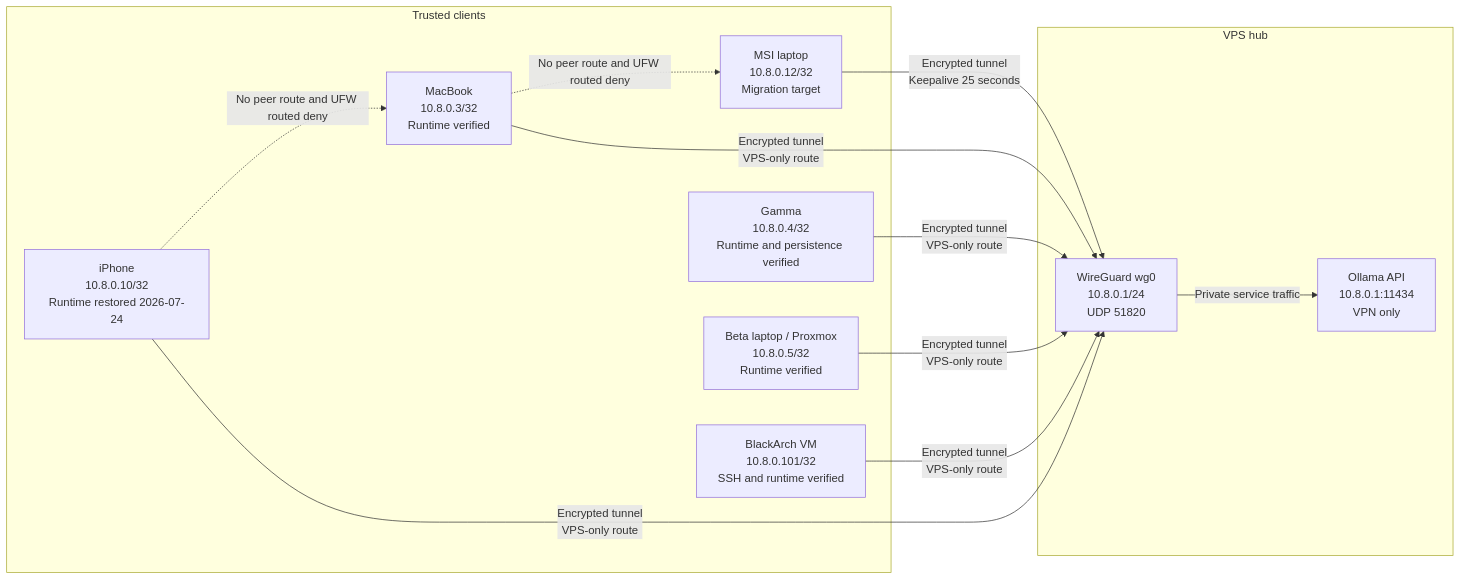
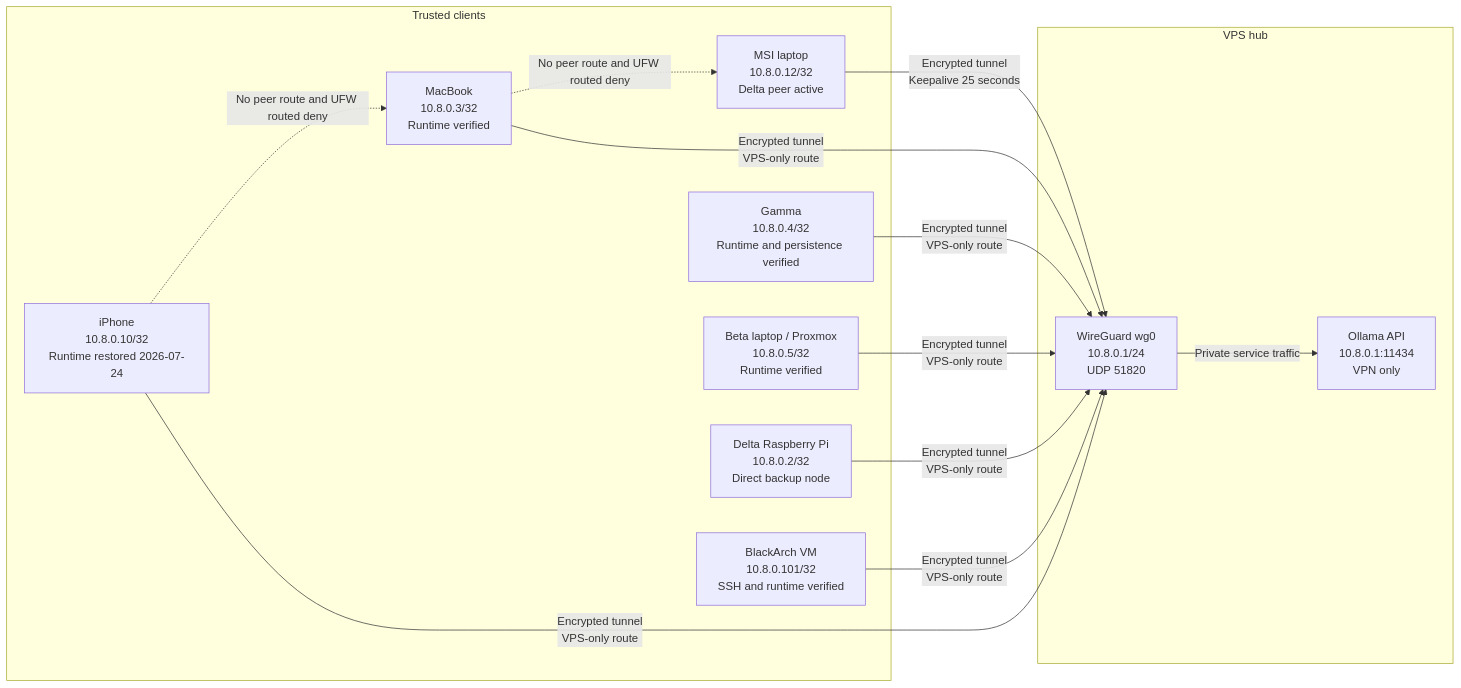
Before and after one commit to Manuel0516/zero-five-handbook: the diagram in content/docs/vps-alpha/wireguard.mdx, drawn with Mermaid. The commit also changed other lines of this file and 2 other files, not shown here.

Commit message:
Document Delta failover topology

````diff
--- a/content/docs/vps-alpha/wireguard.mdx
+++ b/content/docs/vps-alpha/wireguard.mdx
@@ -17,26 +21,28 @@
 ```mermaid
 flowchart LR
     subgraph clients["Trusted clients"]
-        cachyos["MSI laptop<br/>10.8.0.12/32<br/>Migration target"]
+        cachyos["MSI laptop<br/>10.8.0.12/32<br/>Delta peer active"]
         macbook["MacBook<br/>10.8.0.3/32<br/>Runtime verified"]
         gamma["Gamma<br/>10.8.0.4/32<br/>Runtime and persistence verified"]
         beta["Beta laptop / Proxmox<br/>10.8.0.5/32<br/>Runtime verified"]
+        delta["Delta Raspberry Pi<br/>10.8.0.2/32<br/>Direct backup node"]
         blackarch["BlackArch VM<br/>10.8.0.101/32<br/>SSH and runtime verified"]
         iphone["iPhone<br/>10.8.0.10/32<br/>Runtime restored 2026-07-24"]
     end
 
     subgraph vps["VPS hub"]
         wg["WireGuard wg0<br/>10.8.0.1/24<br/>UDP 51820"]
         ollama["Ollama API<br/>10.8.0.1:11434<br/>VPN only"]
     end
 
     cachyos -->|"Encrypted tunnel<br/>Keepalive 25 seconds"| wg
     macbook -->|"Encrypted tunnel<br/>VPS-only route"| wg
     gamma -->|"Encrypted tunnel<br/>VPS-only route"| wg
     beta -->|"Encrypted tunnel<br/>VPS-only route"| wg
+    delta -->|"Encrypted tunnel<br/>VPS-only route"| wg
     blackarch -->|"Encrypted tunnel<br/>VPS-only route"| wg
     iphone -->|"Encrypted tunnel<br/>VPS-only route"| wg
     wg -->|"Private service traffic"| ollama
     macbook -. "No peer route and UFW routed deny" .-> cachyos
     iphone -. "No peer route and UFW routed deny" .-> macbook
 ```
````
